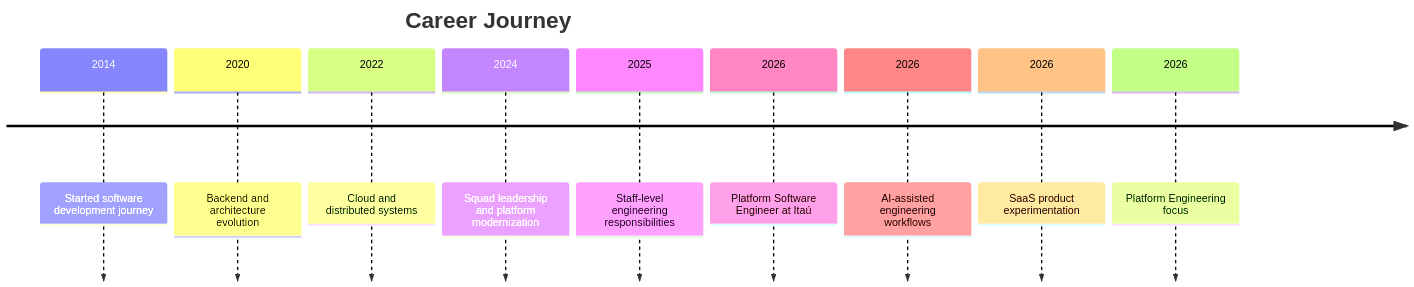
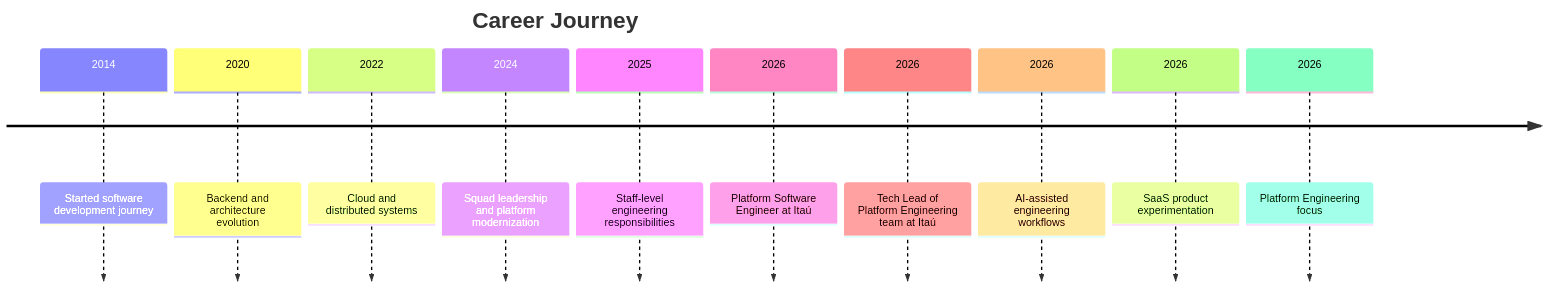
The second of 2 diagrams in README.md (VieiraGabrielAlexandre/brag-document), drawn with Mermaid before and after one commit. The commit also changed other lines of this file, not shown here.

````diff
--- a/README.md
+++ b/README.md
@@ -258,22 +258,24 @@
 ```mermaid
 timeline
     title Career Journey
 
     2014 : Started software development journey
 
     2020 : Backend and architecture evolution
 
     2022 : Cloud and distributed systems
 
     2024 : Squad leadership and platform modernization
 
     2025 : Staff-level engineering responsibilities
 
     2026 : Platform Software Engineer at Itaú
 
+    2026 : Tech Lead of Platform Engineering team at Itaú
+
     2026 : AI-assisted engineering workflows
 
     2026 : SaaS product experimentation
 
     2026 : Platform Engineering focus
 ```
````
